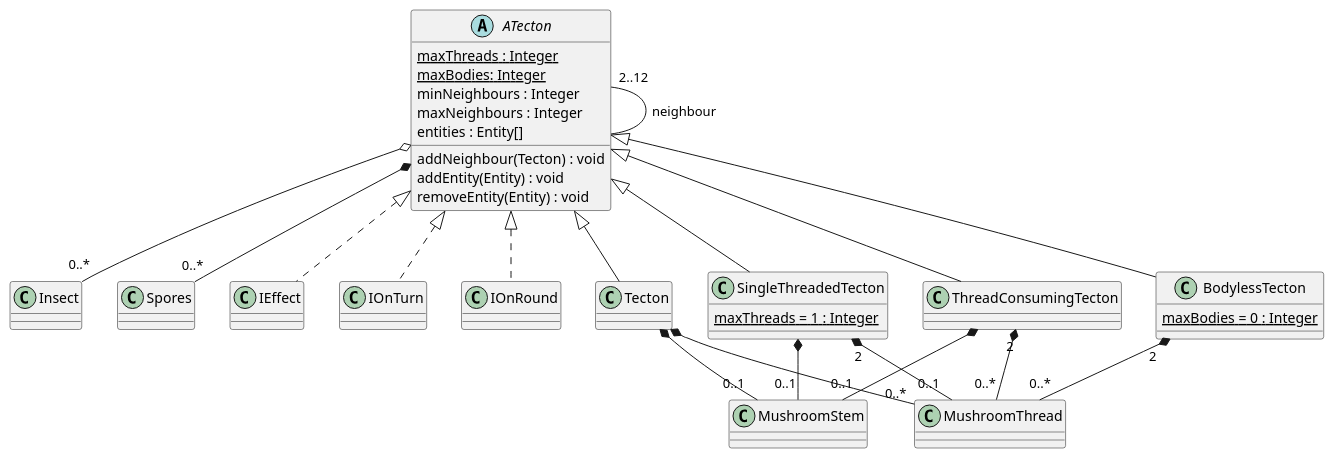
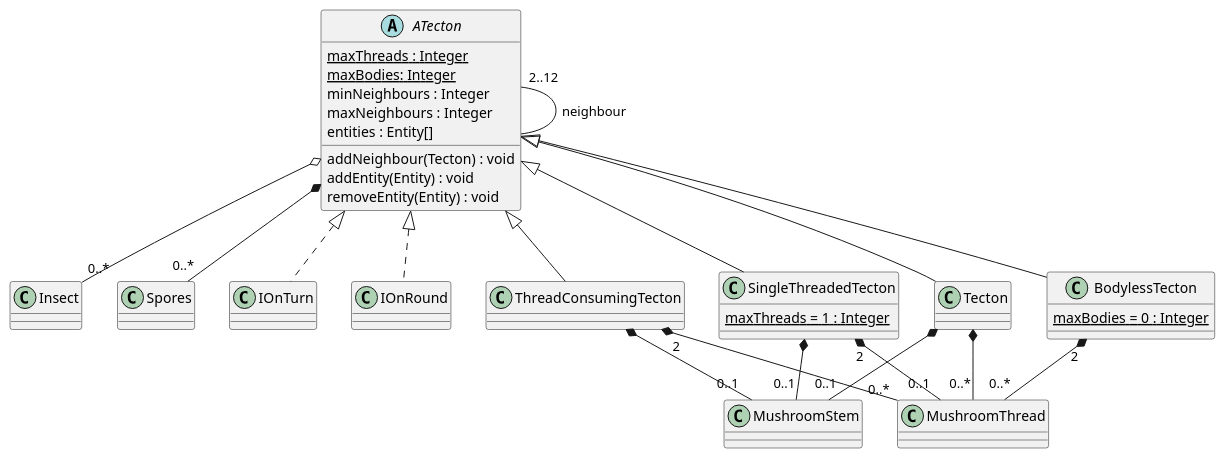
Before and after one commit to Petya-G/fungorium: the diagram in 3/classes/tecton.puml, drawn with PlantUML. The commit also changed 5 other files, not shown here.

```diff
--- a/3/classes/tecton.puml
+++ b/3/classes/tecton.puml
@@ -1,45 +1,44 @@
 @startuml tecton
   ATecton "2..12" -- ATecton : neighbour
   ATecton o-- "0..*" Insect
   ATecton *-- "0..*" Spores
-  ATecton <|.. IEffect
   ATecton <|.. IOnTurn
   ATecton <|.. IOnRound
   abstract class ATecton {
     {static} maxThreads : Integer
     {static} maxBodies: Integer
     minNeighbours : Integer
     maxNeighbours : Integer
     entities : Entity[]
 
     addNeighbour(Tecton) : void
     addEntity(Entity) : void
     removeEntity(Entity) : void
   }
 
   Tecton *-- "0..1" MushroomStem 
   Tecton *-- "0..*" MushroomThread
   ATecton <|-- Tecton
   class Tecton {
   }
 
   SingleThreadedTecton *-- "0..1" MushroomStem
   SingleThreadedTecton "2" *-- "0..1" MushroomThread
   ATecton <|-- SingleThreadedTecton
   class SingleThreadedTecton {
     {static} maxThreads = 1 : Integer
   }
 
 
   BodylessTecton "2" *-- "0..*" MushroomThread
   ATecton <|-- BodylessTecton
   class BodylessTecton {
     {static} maxBodies = 0 : Integer
   }
 
   ThreadConsumingTecton *-- "0..1" MushroomStem
   ThreadConsumingTecton "2" *-- "0..*" MushroomThread
   ATecton <|-- ThreadConsumingTecton
   class ThreadConsumingTecton {
   }
 @enduml
```
